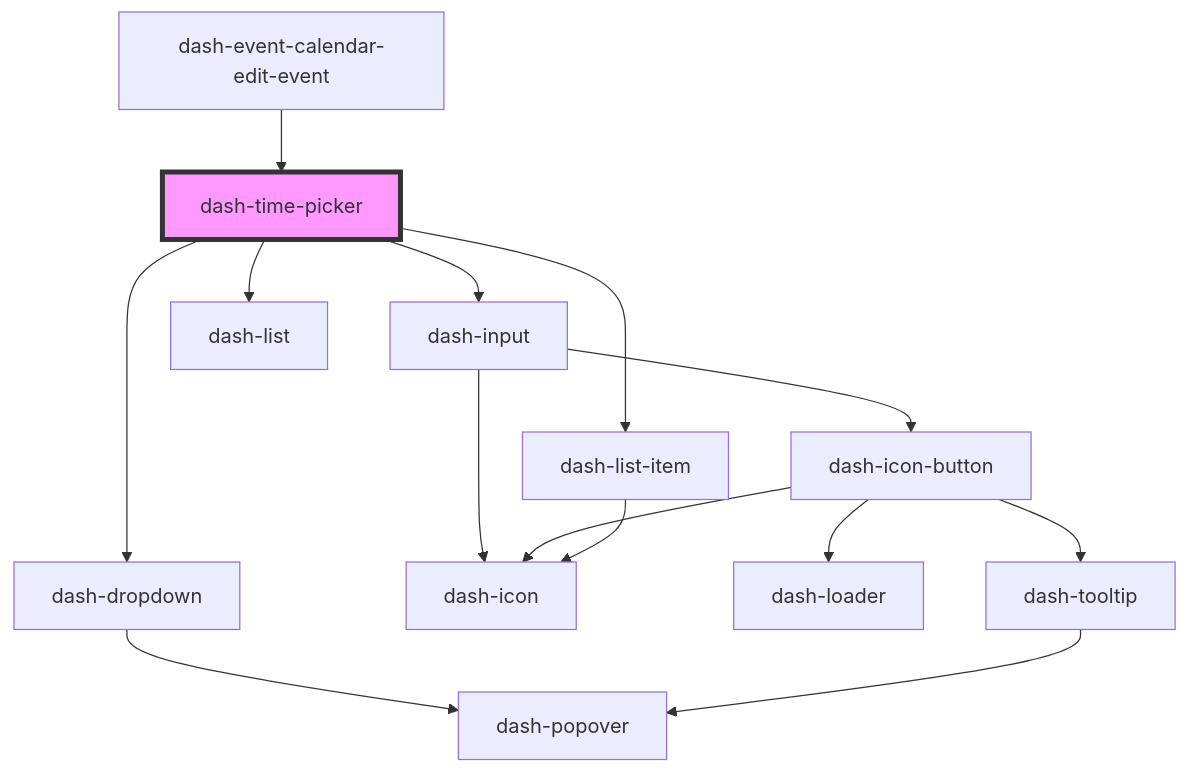
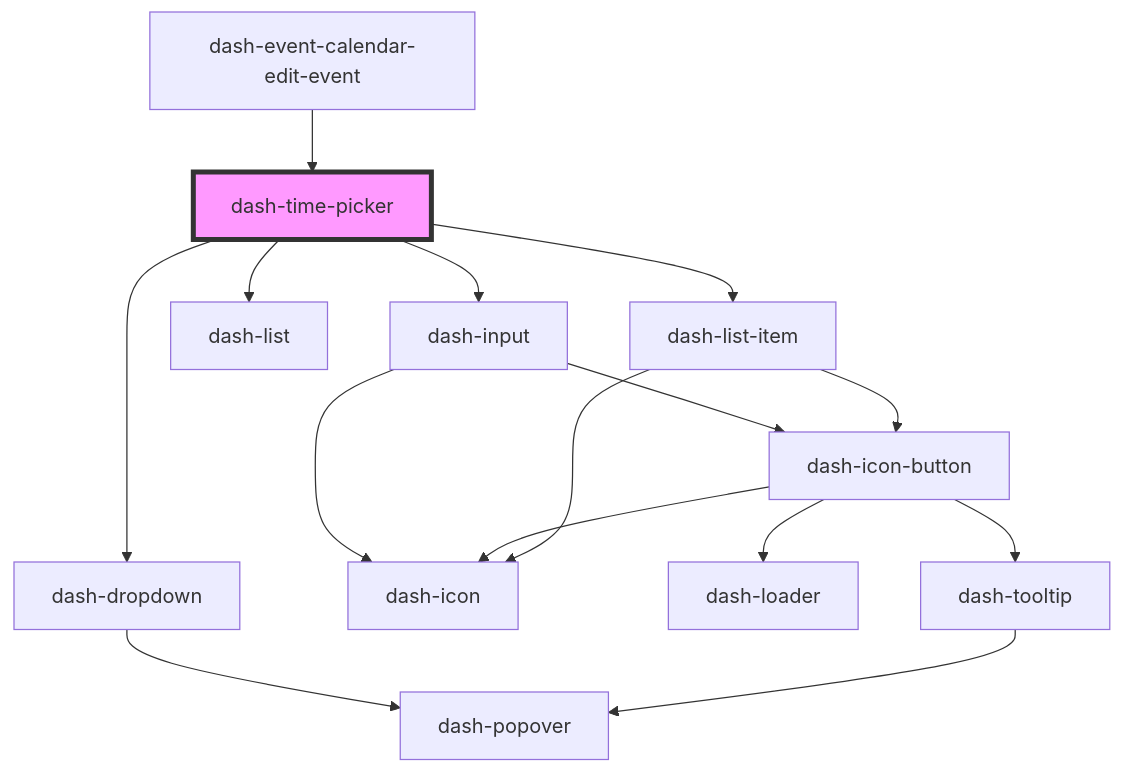
Before and after one commit to jmanke/dash: the diagram in packages/dash-components/src/components/dash-time-picker/readme.md, drawn with Mermaid. The commit also changed 4 other files, not shown here.

````diff
--- a/packages/dash-components/src/components/dash-time-picker/readme.md
+++ b/packages/dash-components/src/components/dash-time-picker/readme.md
@@ -36,17 +36,18 @@
 ```mermaid
 graph TD;
   dash-time-picker --> dash-dropdown
   dash-time-picker --> dash-input
   dash-time-picker --> dash-list
   dash-time-picker --> dash-list-item
   dash-dropdown --> dash-popover
   dash-input --> dash-icon
   dash-input --> dash-icon-button
   dash-icon-button --> dash-icon
   dash-icon-button --> dash-loader
   dash-icon-button --> dash-tooltip
   dash-tooltip --> dash-popover
   dash-list-item --> dash-icon
+  dash-list-item --> dash-icon-button
   dash-event-calendar-edit-event --> dash-time-picker
   style dash-time-picker fill:#f9f,stroke:#333,stroke-width:4px
 ```
````
